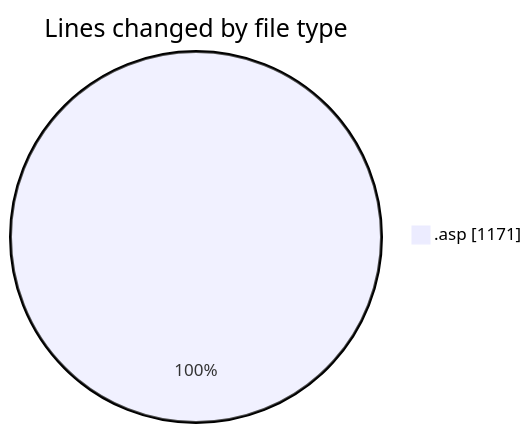
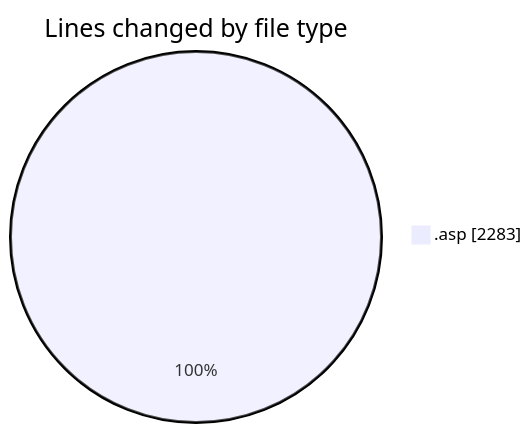
One commit to julien-gomy/code-tracking changed the first of 2 diagrams in 2025-11-20/cdp_aleoudev_fr__workspace_/README.md. Above: the diagram before and after it, drawn with Mermaid. The commit also changed other lines of this file and 1 other file, not shown here.

````diff
--- a/2025-11-20/cdp_aleoudev_fr__workspace_/README.md
+++ b/2025-11-20/cdp_aleoudev_fr__workspace_/README.md
@@ -23,5 +25,5 @@
 ```mermaid
 pie showData
 title Lines changed by file type
-".asp" : 1171
+".asp" : 2283
 ```
````
